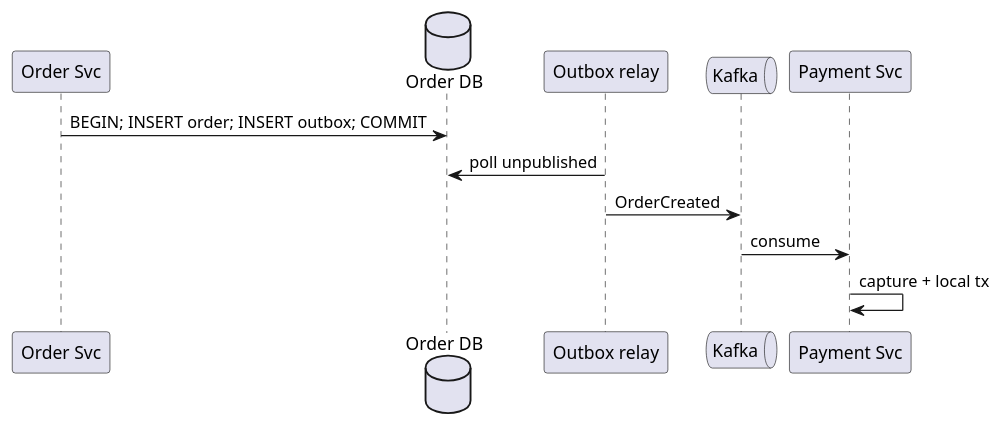
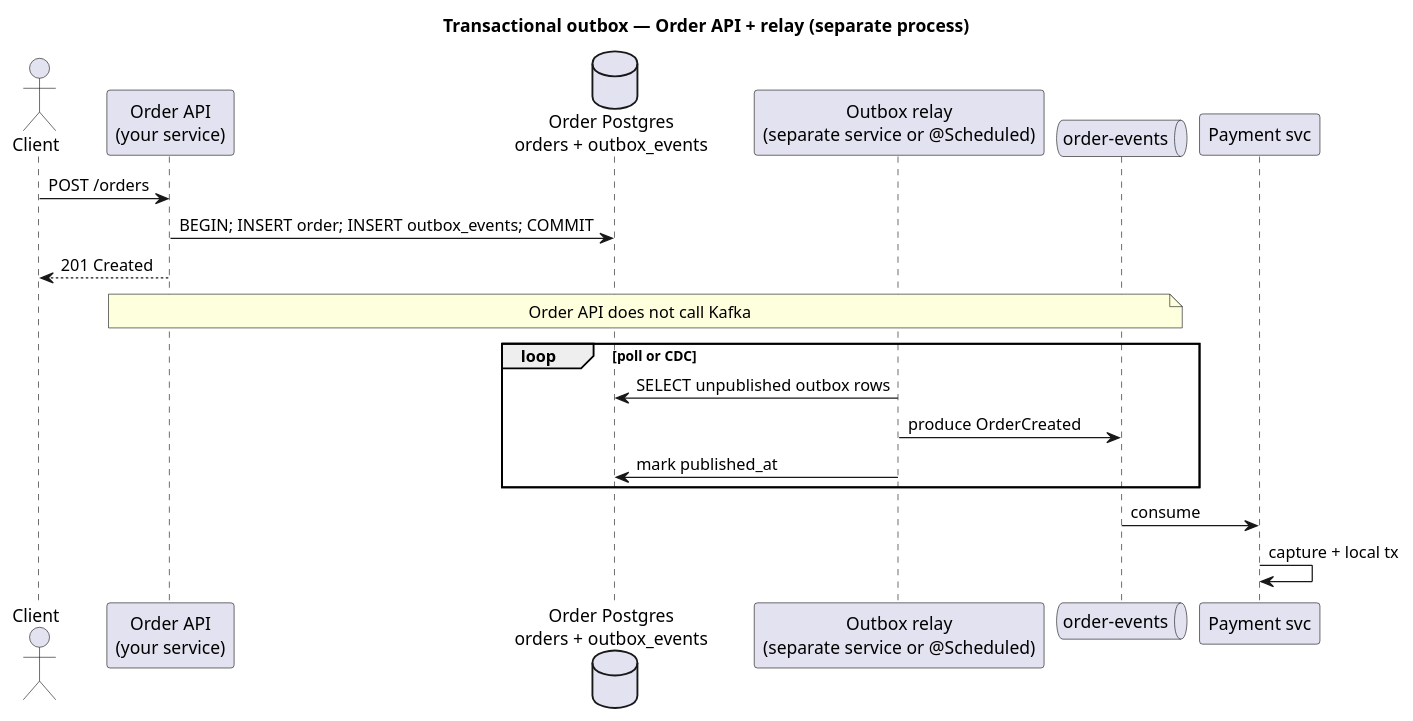
The diagram in src/content/en/swe101/sysdesign/examples/v-ecommerce-checkout-transactional-outbox.md (tiagoyamashita/content), drawn with PlantUML before and after one commit. The commit also changed other lines of this file and 5 other files, not shown here.

````diff
--- a/src/content/en/swe101/sysdesign/examples/v-ecommerce-checkout-transactional-outbox.md
+++ b/src/content/en/swe101/sysdesign/examples/v-ecommerce-checkout-transactional-outbox.md
@@ -74,15 +74,25 @@
 ```plantuml
 @startuml
-participant "Order Svc" as ORD
-database "Order DB" as DB
-participant "Outbox relay" as R
-queue Kafka
-participant "Payment Svc" as PAY
+title Transactional outbox — Order API + relay (separate process)
+actor Client
+participant "Order API\n(your service)" as ORD
+database "Order Postgres\norders + outbox_events" as DB
+participant "Outbox relay\n(separate service or @Scheduled)" as R
+queue "order-events" as K
+participant "Payment svc" as PAY
 
-ORD -> DB: BEGIN; INSERT order; INSERT outbox; COMMIT
-R -> DB: poll unpublished
-R -> Kafka: OrderCreated
-Kafka -> PAY: consume
+Client -> ORD: POST /orders
+ORD -> DB: BEGIN; INSERT order; INSERT outbox_events; COMMIT
+ORD --> Client: 201 Created
+note over ORD,K: Order API does not call Kafka
+
+loop poll or CDC
+  R -> DB: SELECT unpublished outbox rows
+  R -> K: produce OrderCreated
+  R -> DB: mark published_at
+end
+
+K -> PAY: consume
 PAY -> PAY: capture + local tx
 @enduml
 ```
````
